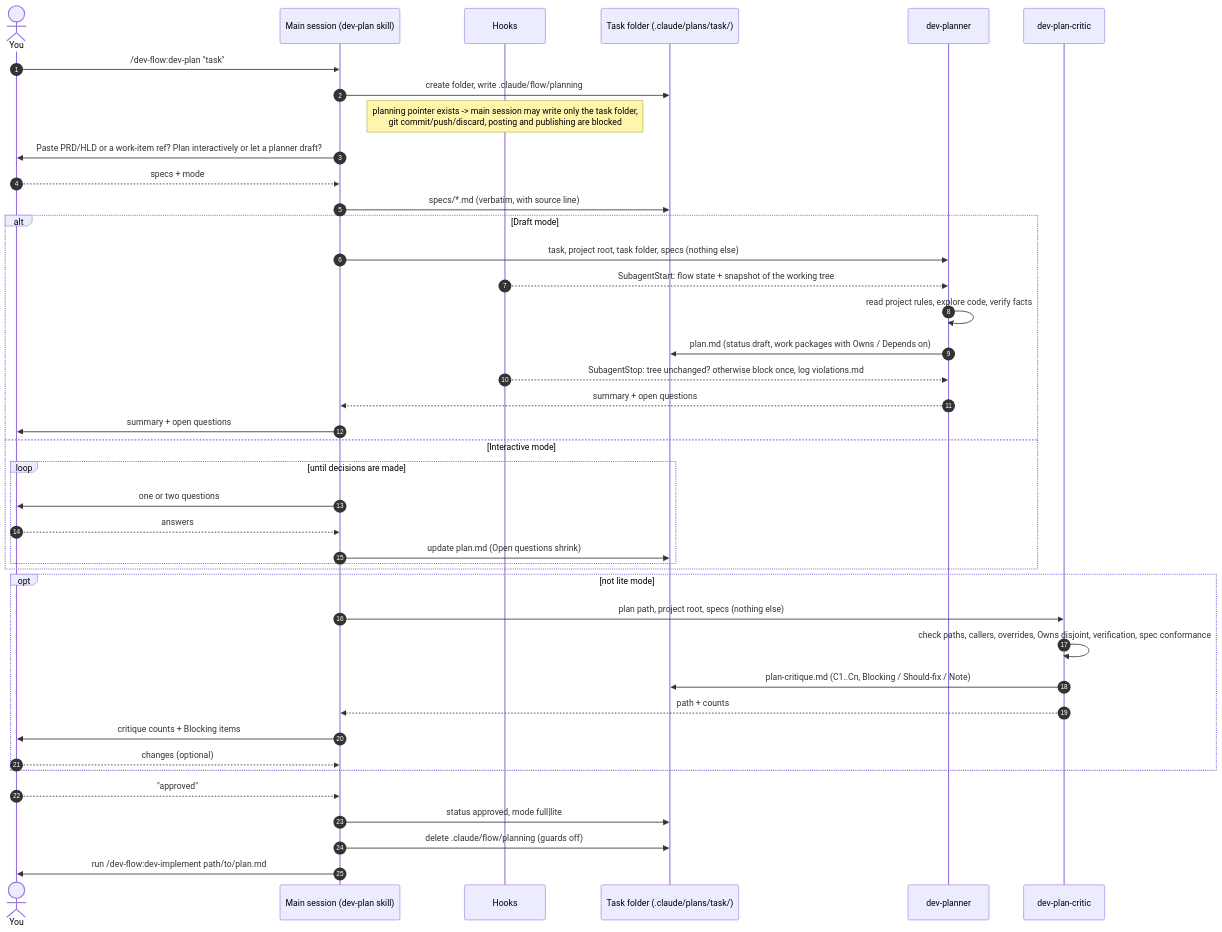
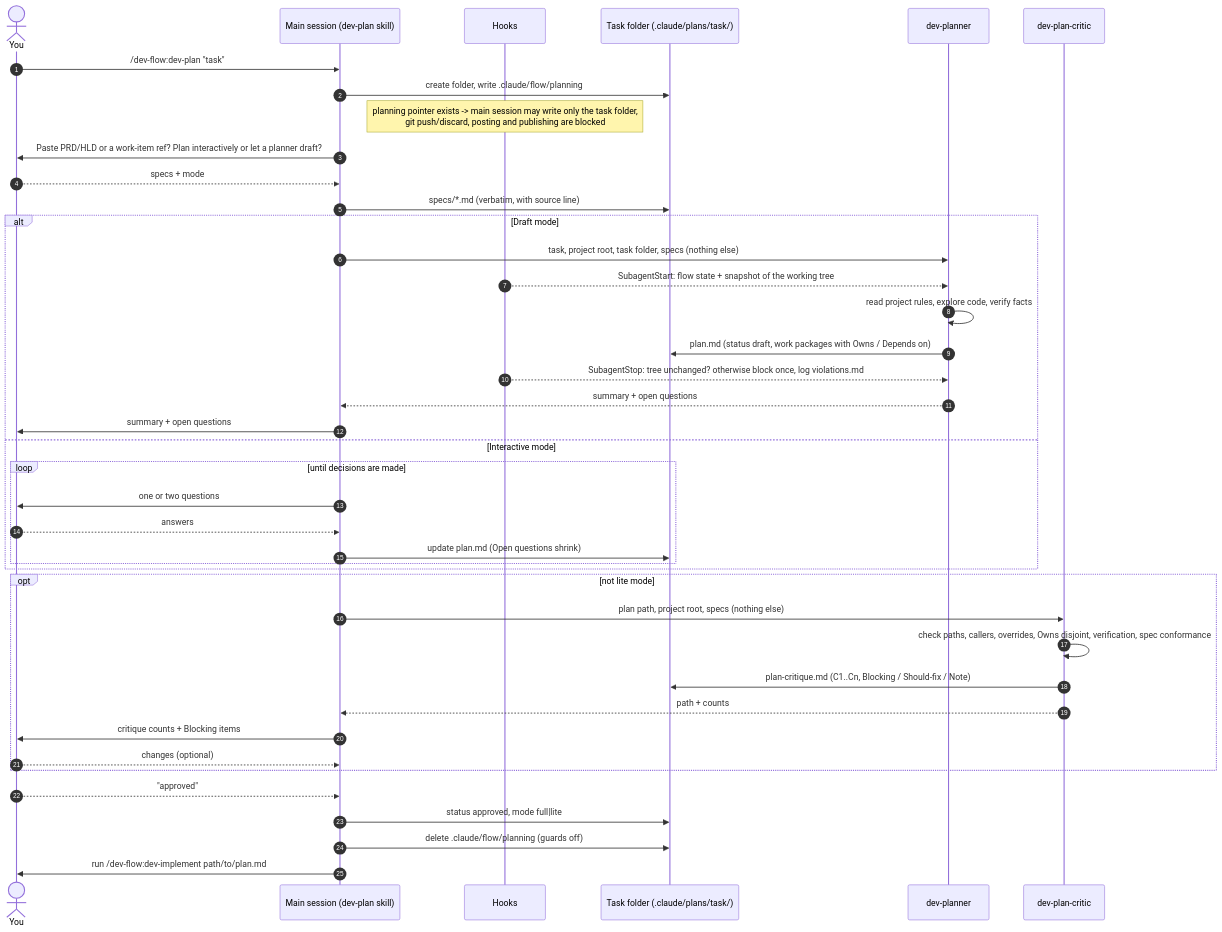
Before and after one commit to MPesin/ai-tools: the first of 2 diagrams in plugins/dev-flow/README.md, drawn with Mermaid. The commit also changed other lines of this file and 24 other files, not shown here.

First line of the commit message:
dev-flow: main session commits each stage, guards enforce it (#13)

````diff
--- a/plugins/dev-flow/README.md
+++ b/plugins/dev-flow/README.md
@@ -25,47 +25,47 @@
 ```mermaid
 sequenceDiagram
     autonumber
     actor U as You
     participant M as Main session (dev-plan skill)
     participant H as Hooks
     participant F as Task folder (.claude/plans/task/)
     participant P as dev-planner
     participant C as dev-plan-critic
 
     U->>M: /dev-flow:dev-plan "task"
     M->>F: create folder, write .claude/flow/planning
-    Note over H: planning pointer exists -> main session may write only the task folder,<br/>git commit/push/discard, posting and publishing are blocked
+    Note over H: planning pointer exists -> main session may write only the task folder,<br/>git push/discard, posting and publishing are blocked
     M->>U: Paste PRD/HLD or a work-item ref? Plan interactively or let a planner draft?
     U-->>M: specs + mode
     M->>F: specs/*.md (verbatim, with source line)
 
     alt Draft mode
         M->>P: task, project root, task folder, specs (nothing else)
         H-->>P: SubagentStart: flow state + snapshot of the working tree
         P->>P: read project rules, explore code, verify facts
         P->>F: plan.md (status draft, work packages with Owns / Depends on)
         H-->>P: SubagentStop: tree unchanged? otherwise block once, log violations.md
         P-->>M: summary + open questions
         M->>U: summary + open questions
     else Interactive mode
         loop until decisions are made
             M->>U: one or two questions
             U-->>M: answers
             M->>F: update plan.md (Open questions shrink)
         end
     end
 
     opt not lite mode
         M->>C: plan path, project root, specs (nothing else)
         C->>C: check paths, callers, overrides, Owns disjoint, verification, spec conformance
         C->>F: plan-critique.md (C1..Cn, Blocking / Should-fix / Note)
         C-->>M: path + counts
         M->>U: critique counts + Blocking items
         U-->>M: changes (optional)
     end
 
     U-->>M: "approved"
     M->>F: status approved, mode full|lite
     M->>F: delete .claude/flow/planning (guards off)
     M->>U: run /dev-flow:dev-implement path/to/plan.md
 ```
````
